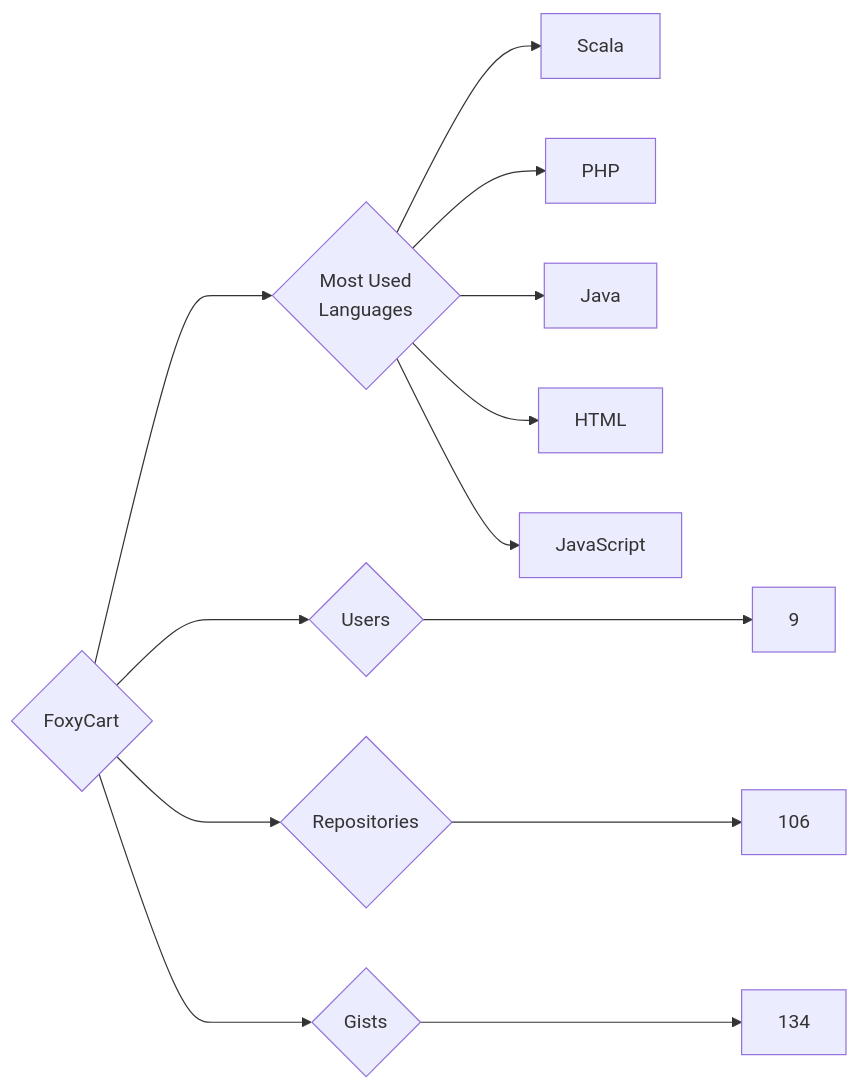
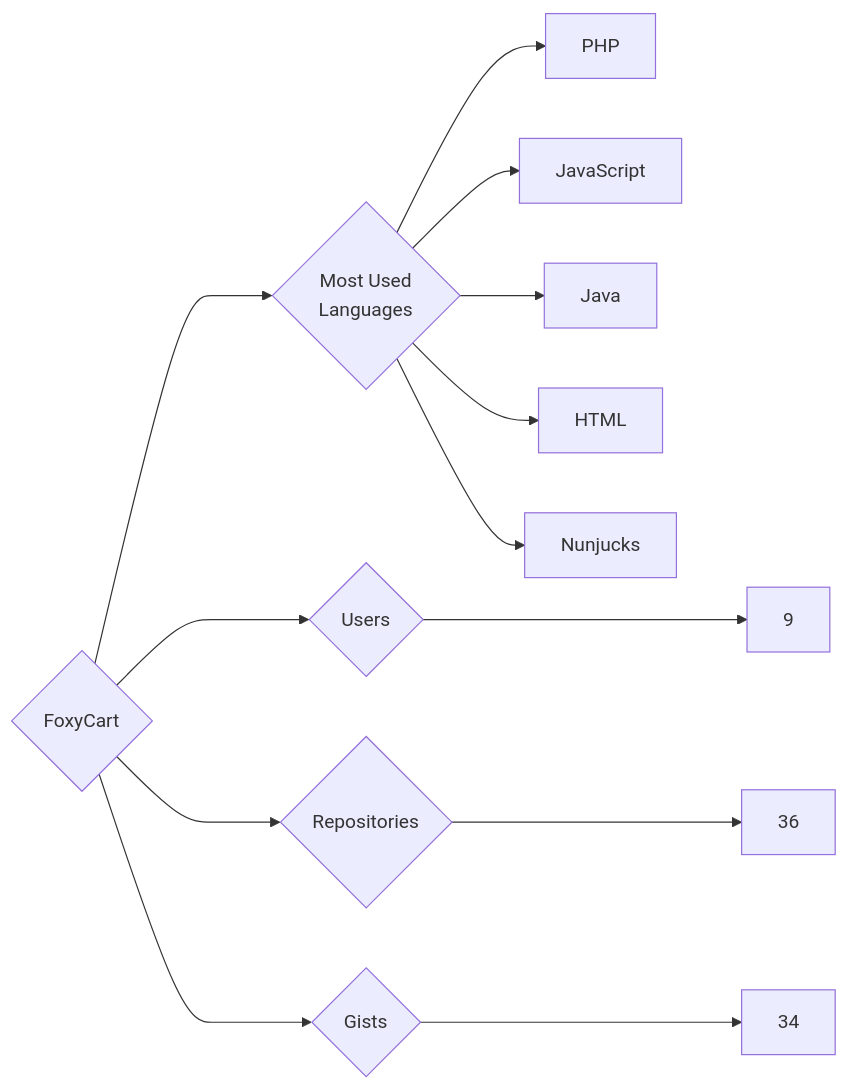
The diagram in targets/FoxyCart/README.md (trickest/insiders), drawn with Mermaid before and after one commit. The commit also changed 1170 other files, not shown here.

````diff
--- a/targets/FoxyCart/README.md
+++ b/targets/FoxyCart/README.md
@@ -3,13 +3,13 @@
 ```mermaid
 graph LR
 COMPANY_NAME{FoxyCart}
 COMPANY_NAME ---> U{Users} ---> UN[9]
-COMPANY_NAME ---> R{Repositories} ---> RN[106]
-COMPANY_NAME ---> G{Gists} ---> GN[134]
+COMPANY_NAME ---> R{Repositories} ---> RN[36]
+COMPANY_NAME ---> G{Gists} ---> GN[34]
 COMPANY_NAME ---> ML{Most Used<br>Languages}
-ML --> Scala[Scala]
 ML --> PHP[PHP]
+ML --> JavaScript[JavaScript]
 ML --> Java[Java]
 ML --> HTML[HTML]
-ML --> JavaScript[JavaScript]
+ML --> Nunjucks[Nunjucks]
 ```
````
